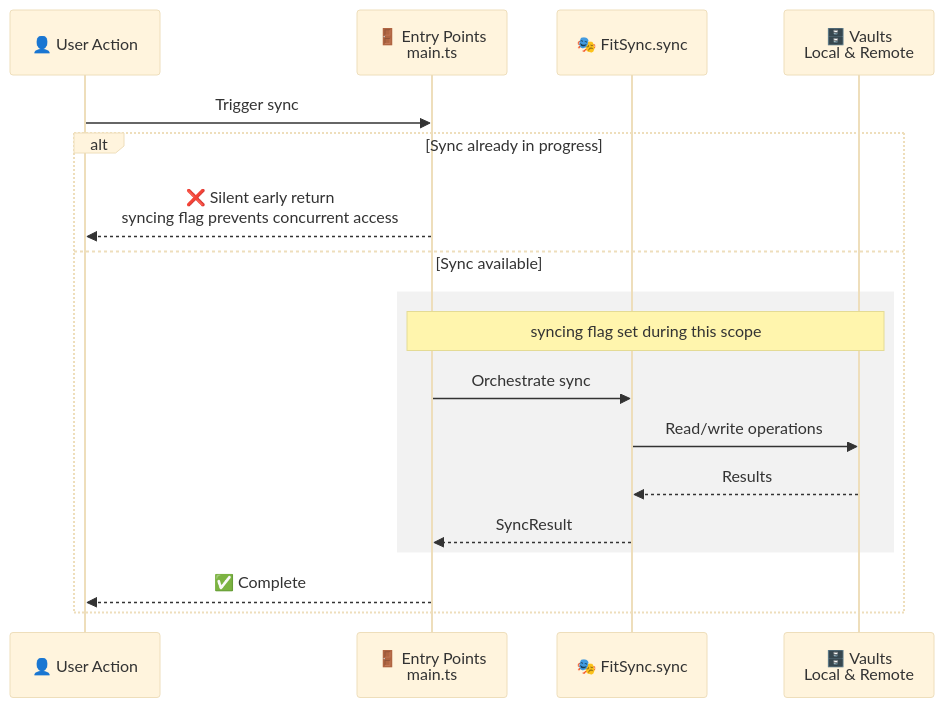
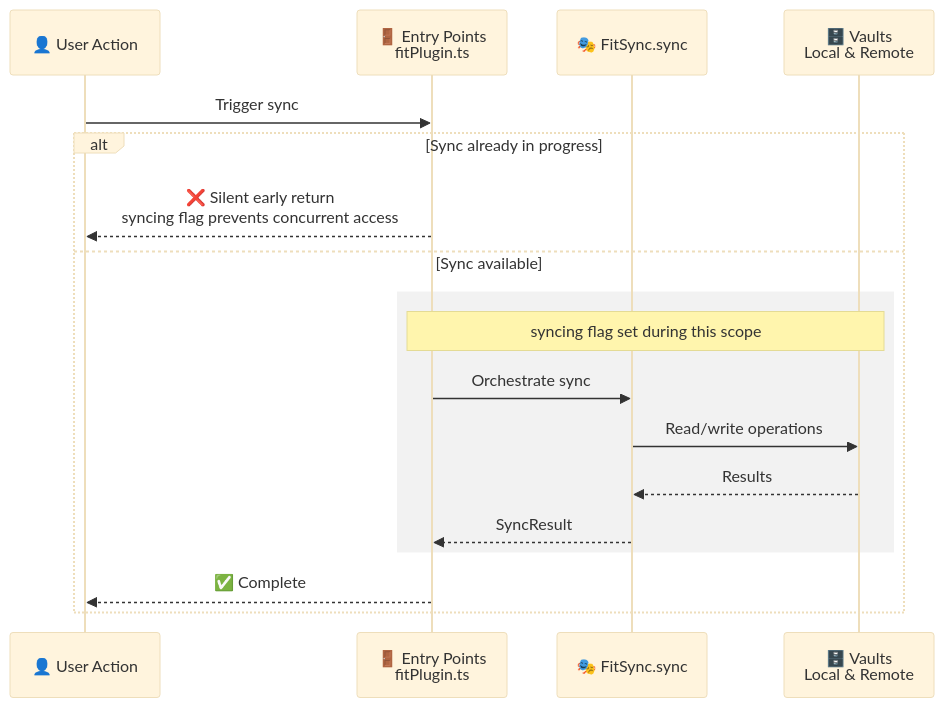
The seventh of 7 diagrams in docs/sync-logic.md (joshuakto/fit), drawn with Mermaid (base theme) before and after one commit. The commit also changed other lines of this file and 13 other files, not shown here.

Commit message:
test: refactor FitPlugin into its own file and add coverage (#286)

````diff
--- a/docs/sync-logic.md
+++ b/docs/sync-logic.md
@@ -1149,22 +1149,22 @@
 ```mermaid
 sequenceDiagram
     participant User as 👤 User Action
-    participant Entry as 🚪 Entry Points<br/>main.ts
+    participant Entry as 🚪 Entry Points<br/>fitPlugin.ts
     participant Sync as 🎭 FitSync.sync
     participant Vaults as 🗄️ Vaults<br/>Local & Remote
 
     User->>Entry: Trigger sync
 
     alt Sync already in progress
         Entry-->>User: ❌ Silent early return<br/>syncing flag prevents concurrent access
     else Sync available
         rect rgba(0, 0, 0, 0.05)
             Note over Entry,Vaults: syncing flag set during this scope
             Entry->>Sync: Orchestrate sync
             Sync->>Vaults: Read/write operations
             Vaults-->>Sync: Results
             Sync-->>Entry: SyncResult
         end
         Entry-->>User: ✅ Complete
     end
 ```
````
